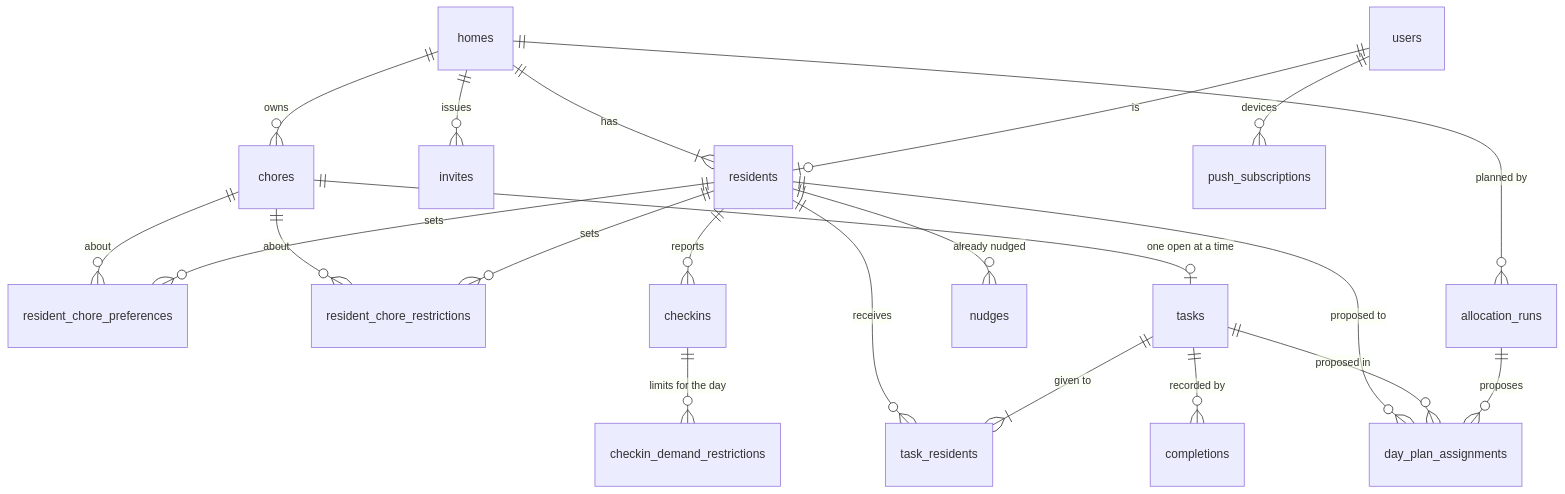
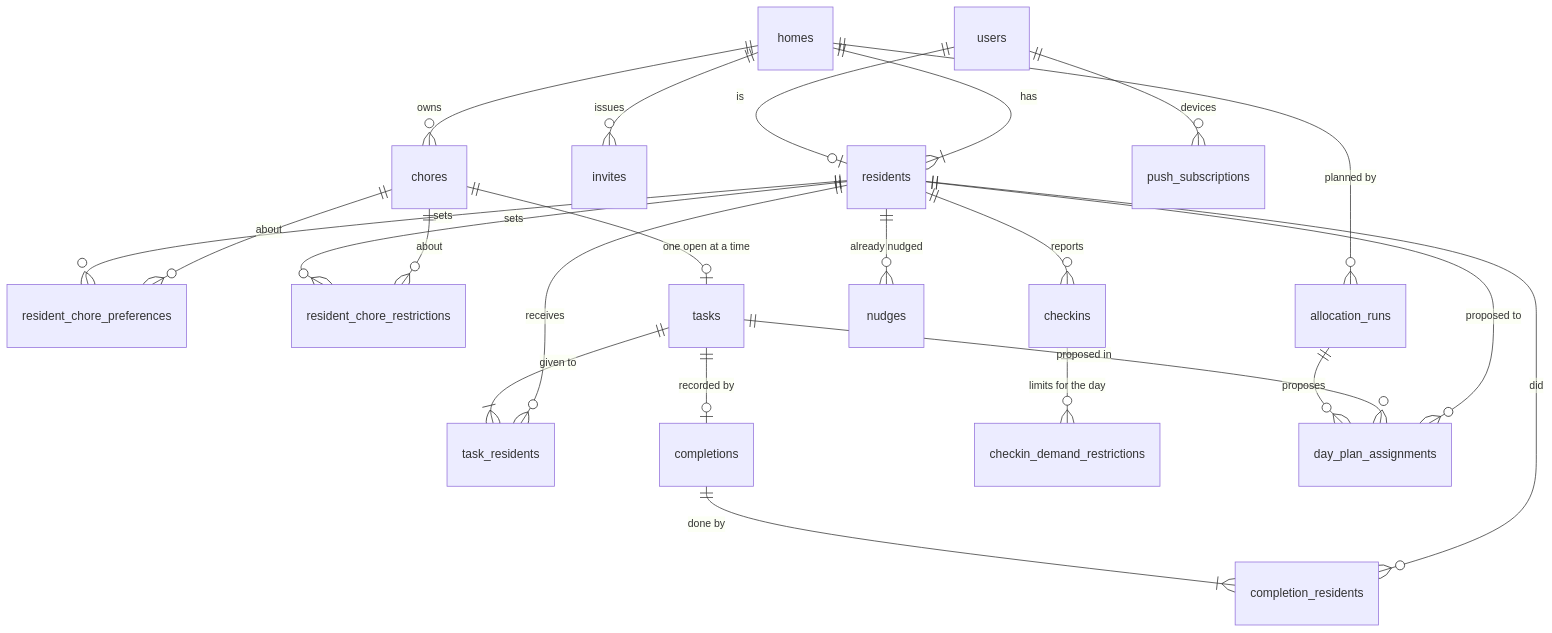
Before and after one commit to AbnerWillclefy/Homeowner: the diagram in docs/architecture/data-model.md, drawn with Mermaid. The commit also changed other lines of this file and 2 other files, not shown here.

Commit message:
docs(architecture): describe commitments, completions and the day plan lifecycle

````diff
--- a/docs/architecture/data-model.md
+++ b/docs/architecture/data-model.md
@@ -31,23 +32,25 @@
 ```mermaid
 erDiagram
     users ||--o| residents : "is"
     homes ||--|{ residents : "has"
     homes ||--o{ invites : "issues"
     homes ||--o{ chores : "owns"
     residents ||--o{ resident_chore_preferences : "sets"
     residents ||--o{ resident_chore_restrictions : "sets"
     chores ||--o{ resident_chore_preferences : "about"
     chores ||--o{ resident_chore_restrictions : "about"
     chores ||--o| tasks : "one open at a time"
     tasks ||--|{ task_residents : "given to"
     residents ||--o{ task_residents : "receives"
-    tasks ||--o{ completions : "recorded by"
+    tasks ||--o| completions : "recorded by"
+    completions ||--|{ completion_residents : "done by"
+    residents ||--o{ completion_residents : "did"
     residents ||--o{ checkins : "reports"
     checkins ||--o{ checkin_demand_restrictions : "limits for the day"
     users ||--o{ push_subscriptions : "devices"
     residents ||--o{ nudges : "already nudged"
     homes ||--o{ allocation_runs : "planned by"
     allocation_runs ||--o{ day_plan_assignments : "proposes"
     tasks ||--o{ day_plan_assignments : "proposed in"
     residents ||--o{ day_plan_assignments : "proposed to"
 ```
````
